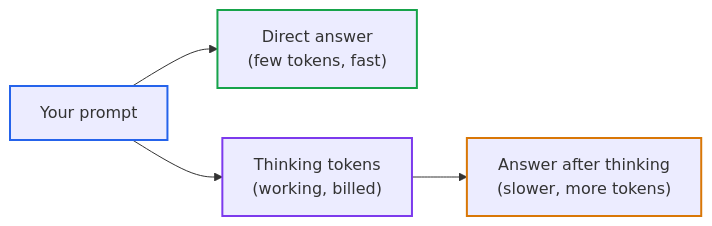
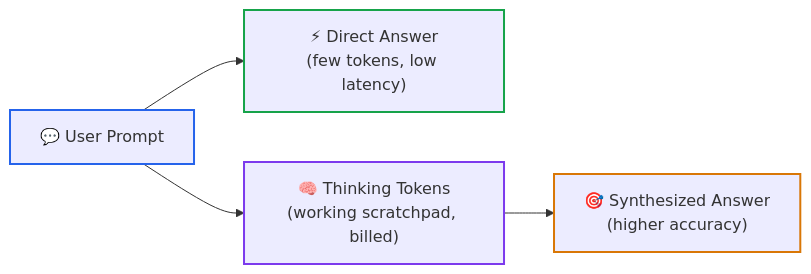
The first of 3 diagrams in 00-foundations-and-token-mechanics/04-test-time-compute-and-reasoning-models.md (dip4k/senior-engineer-to-ai-engineer-roadmap), drawn with Mermaid before and after one commit. The commit also changed other lines of this file and 39 other files, not shown here.

First line of the commit message:
feat(curriculum): upgrade mermaid diagrams with unicode icons & codify anti-bloat layout rules

````diff
--- a/00-foundations-and-token-mechanics/04-test-time-compute-and-reasoning-models.md
+++ b/00-foundations-and-token-mechanics/04-test-time-compute-and-reasoning-models.md
@@ -51,11 +51,11 @@
 ```mermaid
 flowchart LR
-    P["Your prompt"] --> D["Direct answer<br>(few tokens, fast)"]
-    P --> T["Thinking tokens<br>(working, billed)"]
-    T --> A["Answer after thinking<br>(slower, more tokens)"]
+    P["💬 User Prompt"] --> D["⚡ Direct Answer<br>(few tokens, low latency)"]
+    P --> T["🧠 Thinking Tokens<br>(working scratchpad, billed)"]
+    T --> A["🎯 Synthesized Answer<br>(higher accuracy)"]
 
     style P stroke:#2563eb,stroke-width:2px
     style D stroke:#16a34a,stroke-width:2px
     style T stroke:#7c3aed,stroke-width:2px
     style A stroke:#d97706,stroke-width:2px
 ```
````
